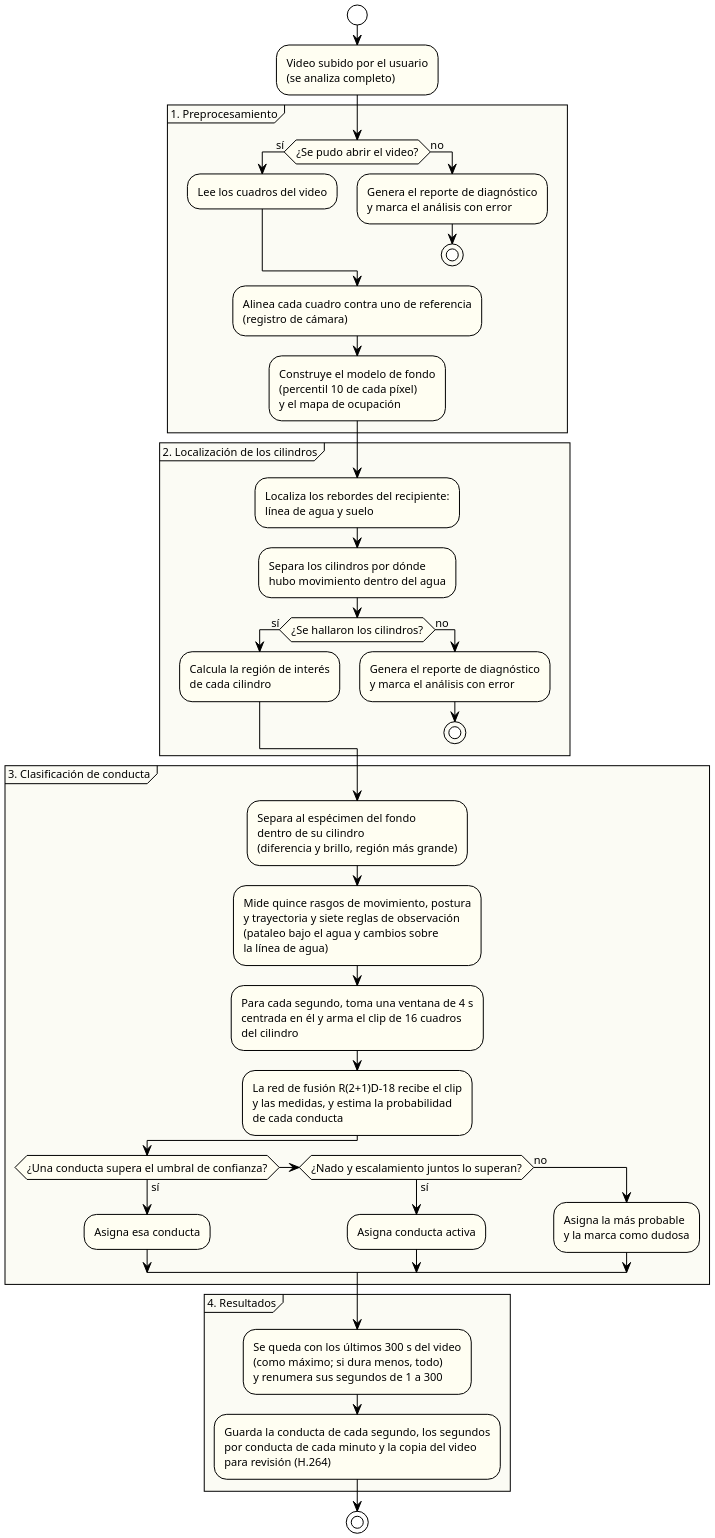
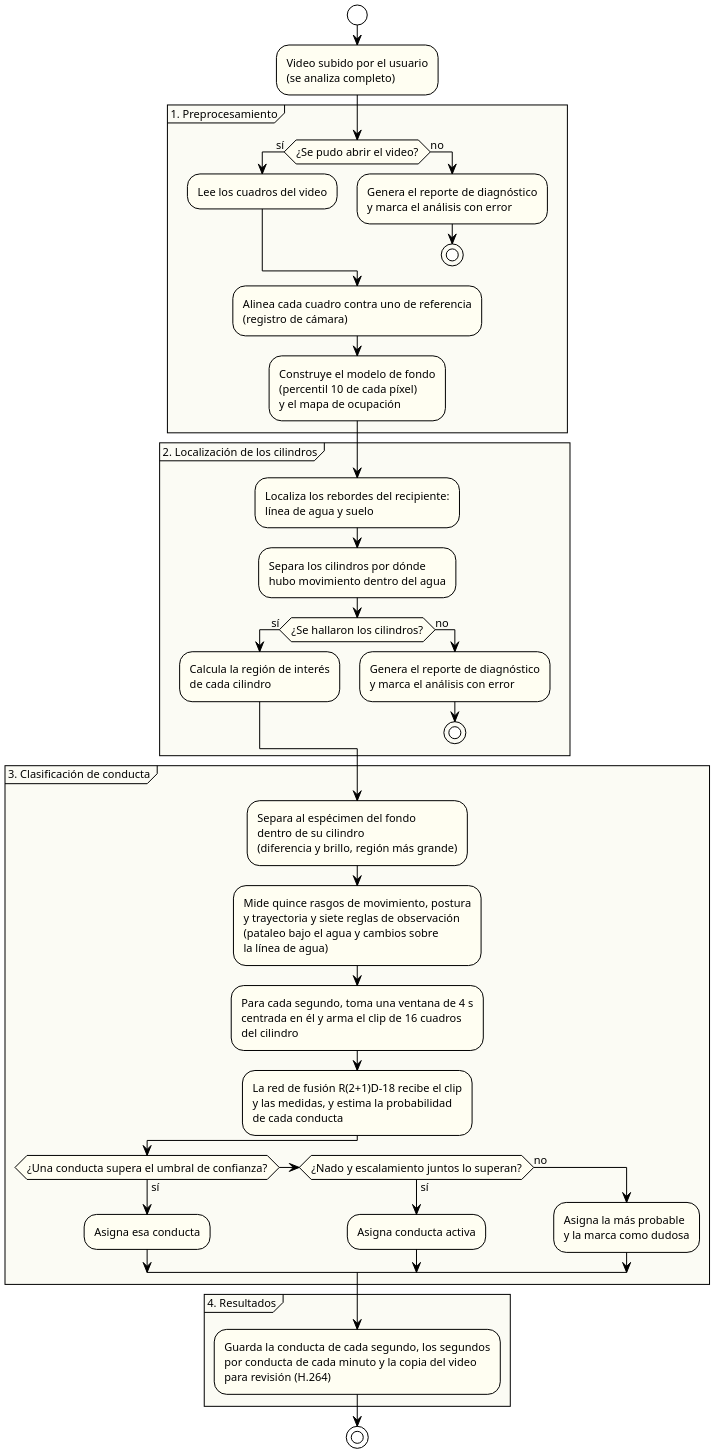
The diagram in diagramas/pipeline.puml (ErickJester/fst-ai-system-latex), drawn with PlantUML before and after one commit. The commit also changed 33 other files, not shown here.

```diff
--- a/diagramas/pipeline.puml
+++ b/diagramas/pipeline.puml
@@ -1,79 +1,78 @@
 @startuml pipeline
 ' ================================================================
 '  Pipeline de analisis conductual — FST
 '  TT 2026-B066 | ESCOM-IPN
 ' ----------------------------------------------------------------
 '  Reemplaza a figures/mermaid/pipeline.png (Mermaid sin fuente en
 '  el repo), que mostraba cinco modulos con YOLOv8 + ByteTrack y
 '  ResNet-18/50 con respaldo por geometria. Se rehace desde el texto
 '  vigente del cap. 5 (Modulos 1-4) y el etiquetador real (fst_auto):
 '
 '  - Sin modulo de seguimiento (CLA-02, 5-oct): un especimen por
 '    cilindro, asi que no hay tracker. Las etapas son las de D-16
 '    revisado: preprocesamiento, cilindros, clasificacion.
 '  - Clasificacion (D-66): la red de fusion R(2+1)D-18 es el clasificador:
 '    recibe el clip de 16 cuadros de una ventana de 4 s y una rama de
 '    medidas (15 rasgos y 7 reglas); estima la probabilidad de cada
 '    conducta y la regla de tres pasos decide. El gradient boosting es
 '    el etiquetador del equipo y aporta los 15 rasgos.
 '  - Preprocesamiento segun fst_auto (CLA-04, 5-oct): sin correccion
 '    de contraste; fondo por percentil 10, no por mediana.
 '
 '  Generar:
 '      java -jar plantuml.jar -tpng diagramas/pipeline.puml
 ' ================================================================
 
 !theme plain
 skinparam defaultFontName Arial
 skinparam defaultFontSize 11
 skinparam shadowing false
 skinparam dpi 200
 skinparam ActivityBackgroundColor #FFFEF2
 skinparam PartitionBackgroundColor #FBFBF4
 
 start
 :Video subido por el usuario\n(se analiza completo);
 
 partition "1. Preprocesamiento" {
   if (¿Se pudo abrir el video?) then (sí)
     :Lee los cuadros del video;
   else (no)
     :Genera el reporte de diagnóstico\ny marca el análisis con error;
     stop
   endif
   :Alinea cada cuadro contra uno de referencia\n(registro de cámara);
   :Construye el modelo de fondo\n(percentil 10 de cada píxel)\ny el mapa de ocupación;
 }
 
 partition "2. Localización de los cilindros" {
   :Localiza los rebordes del recipiente:\nlínea de agua y suelo;
   :Separa los cilindros por dónde\nhubo movimiento dentro del agua;
   if (¿Se hallaron los cilindros?) then (sí)
     :Calcula la región de interés\nde cada cilindro;
   else (no)
     :Genera el reporte de diagnóstico\ny marca el análisis con error;
     stop
   endif
 }
 
 partition "3. Clasificación de conducta" {
   :Separa al espécimen del fondo\ndentro de su cilindro\n(diferencia y brillo, región más grande);
   :Mide quince rasgos de movimiento, postura\ny trayectoria y siete reglas de observación\n(pataleo bajo el agua y cambios sobre\nla línea de agua);
   :Para cada segundo, toma una ventana de 4 s\ncentrada en él y arma el clip de 16 cuadros\ndel cilindro;
   :La red de fusión R(2+1)D-18 recibe el clip\ny las medidas, y estima la probabilidad\nde cada conducta;
   if (¿Una conducta supera el umbral de confianza?) then (sí)
     :Asigna esa conducta;
   elseif (¿Nado y escalamiento juntos lo superan?) then (sí)
     :Asigna conducta activa;
   else (no)
     :Asigna la más probable\ny la marca como dudosa;
   endif
 }
 
 partition "4. Resultados" {
-  :Se queda con los últimos 300 s del video\n(como máximo; si dura menos, todo)\ny renumera sus segundos de 1 a 300;
   :Guarda la conducta de cada segundo, los segundos\npor conducta de cada minuto y la copia del video\npara revisión (H.264);
 }
 stop
 
 @enduml
```
